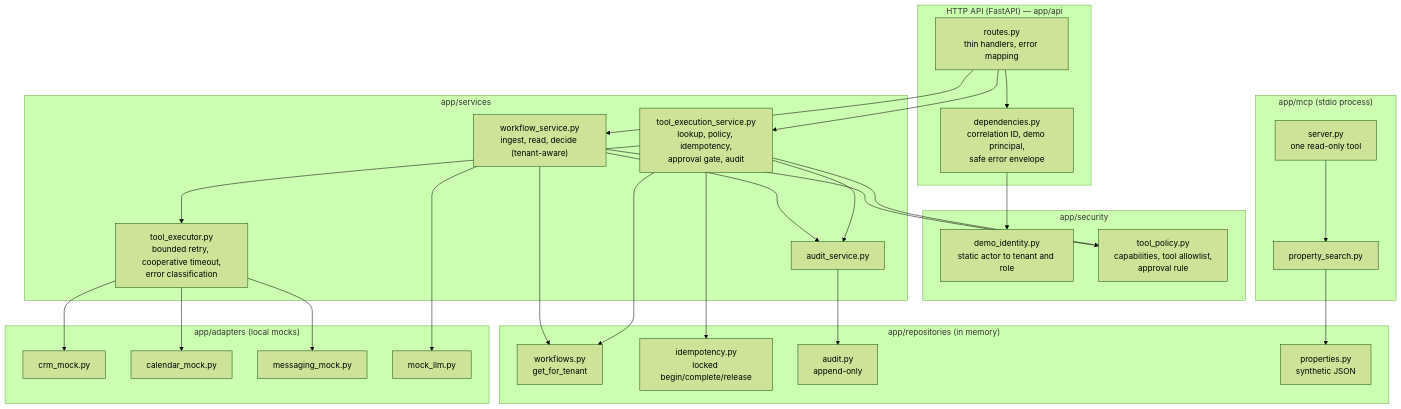
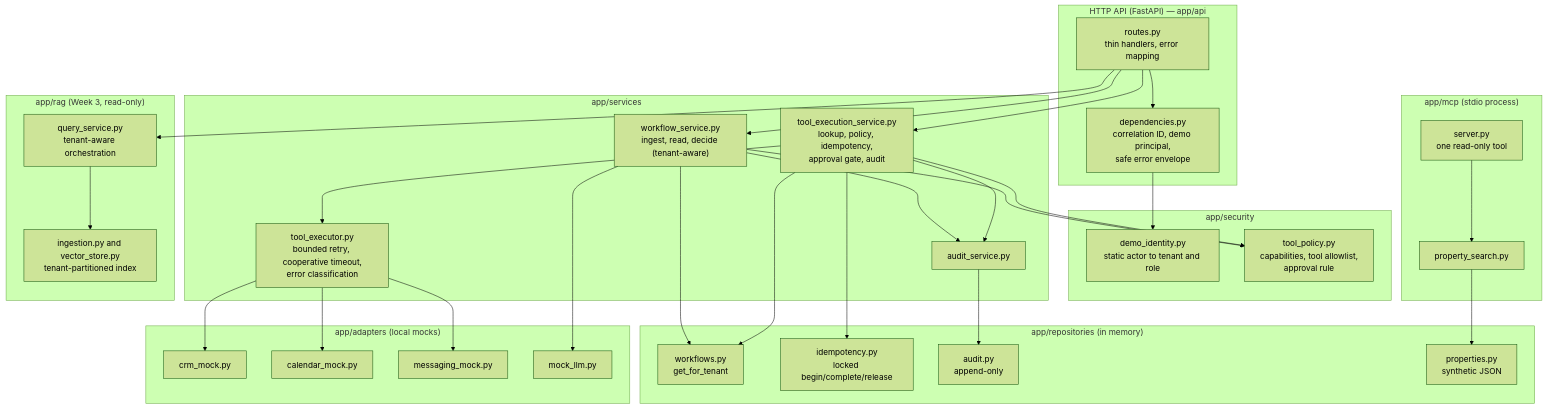
One commit to cameraphp/ai-coo-real-estate-lab changed the first of 4 diagrams in docs/architecture.md. Above: the diagram before and after it, drawn with Mermaid (forest theme). The commit also changed other lines of this file and 38 other files, not shown here.

````diff
--- a/docs/architecture.md
+++ b/docs/architecture.md
@@ -7,51 +9,57 @@
 ```mermaid
 flowchart TB
     subgraph API["HTTP API (FastAPI) — app/api"]
         Deps["dependencies.py<br/>correlation ID, demo principal,<br/>safe error envelope"]
         Routes["routes.py<br/>thin handlers, error mapping"]
     end
     subgraph Security["app/security"]
         Identity["demo_identity.py<br/>static actor to tenant and role"]
         Policy["tool_policy.py<br/>capabilities, tool allowlist,<br/>approval rule"]
     end
     subgraph Services["app/services"]
         WF["workflow_service.py<br/>ingest, read, decide (tenant-aware)"]
         TES["tool_execution_service.py<br/>lookup, policy, idempotency,<br/>approval gate, audit"]
         Exec["tool_executor.py<br/>bounded retry, cooperative timeout,<br/>error classification"]
         AuditSvc["audit_service.py"]
     end
     subgraph Repos["app/repositories (in memory)"]
         WFRepo["workflows.py<br/>get_for_tenant"]
         IdemRepo["idempotency.py<br/>locked begin/complete/release"]
         AuditRepo["audit.py<br/>append-only"]
         PropRepo["properties.py<br/>synthetic JSON"]
     end
     subgraph Adapters["app/adapters (local mocks)"]
         CRM["crm_mock.py"]
         Cal["calendar_mock.py"]
         Msg["messaging_mock.py"]
         LLM["mock_llm.py"]
     end
     subgraph MCP["app/mcp (stdio process)"]
         McpServer["server.py<br/>one read-only tool"]
         Search["property_search.py"]
     end
+    subgraph Rag["app/rag (Week 3, read-only)"]
+        RagSvc["query_service.py<br/>tenant-aware orchestration"]
+        RagIndex["ingestion.py and vector_store.py<br/>tenant-partitioned index"]
+    end
 
     Routes --> Deps --> Identity
     Routes --> WF
     Routes --> TES
     WF --> Policy
     TES --> Policy
     WF --> WFRepo
     WF --> AuditSvc
     WF --> LLM
     TES --> WFRepo
     TES --> IdemRepo
     TES --> Exec
     TES --> AuditSvc
     Exec --> CRM
     Exec --> Cal
     Exec --> Msg
     AuditSvc --> AuditRepo
     McpServer --> Search --> PropRepo
+    Routes --> RagSvc
+    RagSvc --> RagIndex
 ```
````
